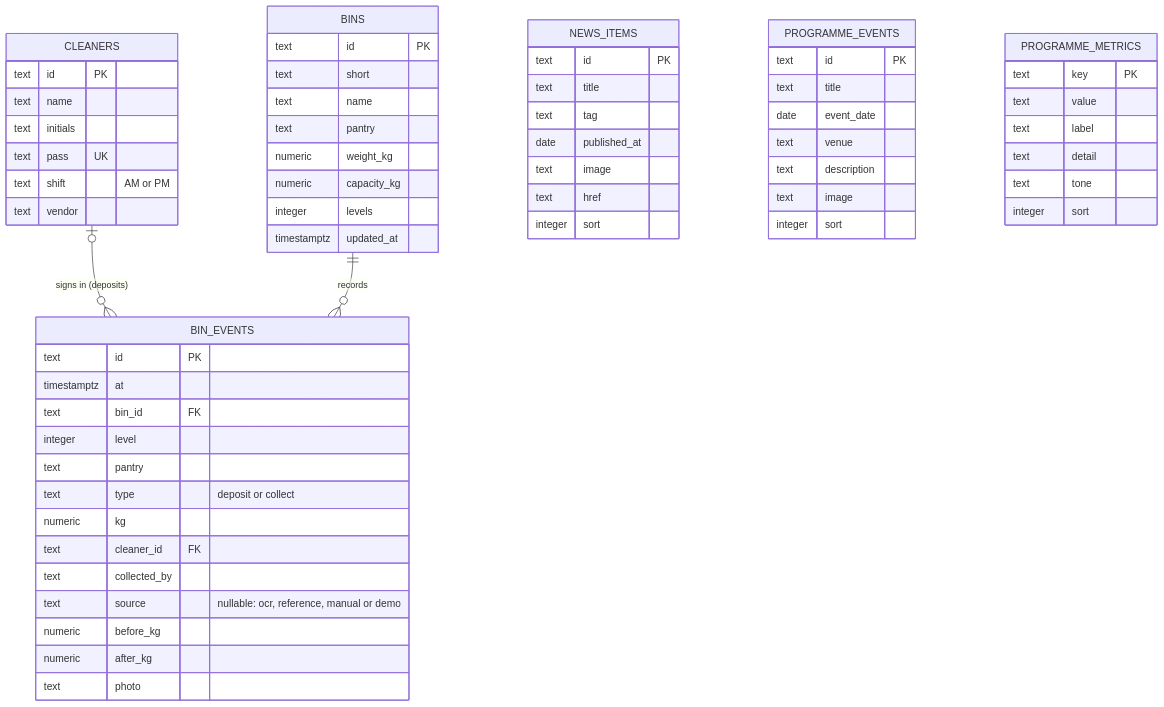
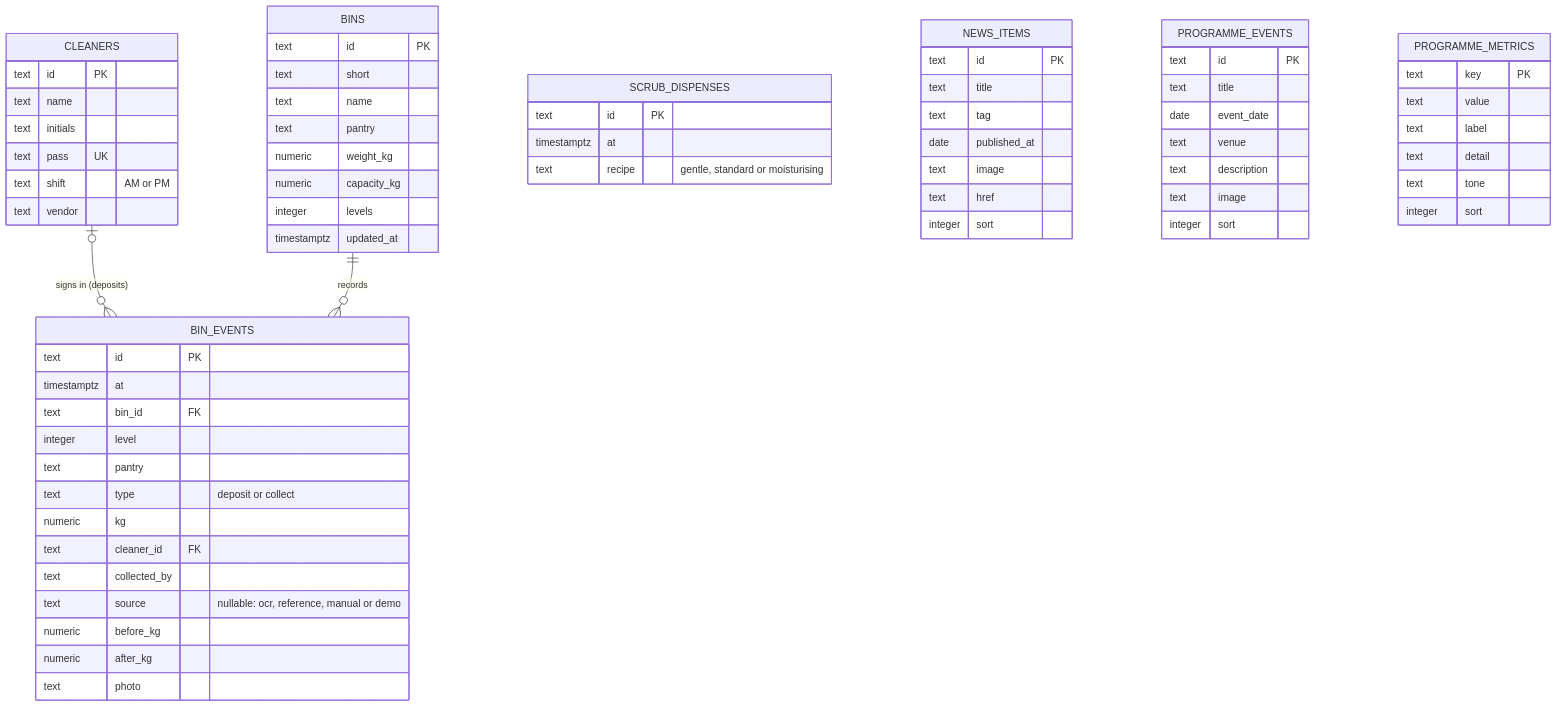
Before and after one commit to is463-g1t7/grounds2glow: the diagram in docs/ERD.md, drawn with Mermaid. The commit also changed other lines of this file and 39 other files, not shown here.

````diff
--- a/docs/ERD.md
+++ b/docs/ERD.md
@@ -6,70 +6,76 @@
 ```mermaid
 erDiagram
     CLEANERS |o--o{ BIN_EVENTS : "signs in (deposits)"
     BINS ||--o{ BIN_EVENTS : "records"
 
     CLEANERS {
         text id PK
         text name
         text initials
         text pass UK
         text shift "AM or PM"
         text vendor
     }
 
     BINS {
         text id PK
         text short
         text name
         text pantry
         numeric weight_kg
         numeric capacity_kg
         integer levels
         timestamptz updated_at
     }
 
     BIN_EVENTS {
         text id PK
         timestamptz at
         text bin_id FK
         integer level
         text pantry
         text type "deposit or collect"
         numeric kg
         text cleaner_id FK
         text collected_by
         text source "nullable: ocr, reference, manual or demo"
         numeric before_kg
         numeric after_kg
         text photo
     }
 
+    SCRUB_DISPENSES {
+        text id PK
+        timestamptz at
+        text recipe "gentle, standard or moisturising"
+    }
+
     NEWS_ITEMS {
         text id PK
         text title
         text tag
         date published_at
         text image
         text href
         integer sort
     }
 
     PROGRAMME_EVENTS {
         text id PK
         text title
         date event_date
         text venue
         text description
         text image
         integer sort
     }
 
     PROGRAMME_METRICS {
         text key PK
         text value
         text label
         text detail
         text tone
         integer sort
     }
 ```
````
